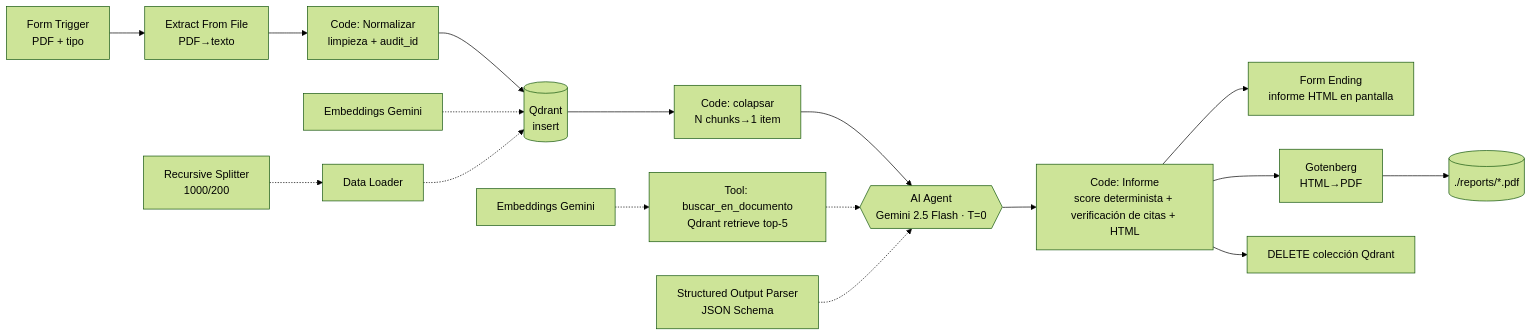
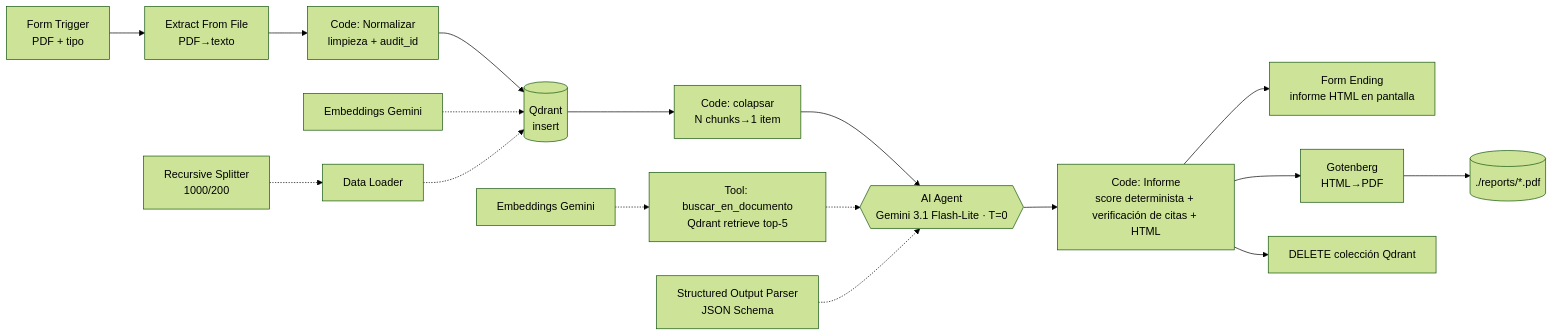
The diagram in README.md (AlejandroNvarrete/ai-compliance-auditor), drawn with Mermaid (forest theme) before and after one commit. The commit also changed other lines of this file, not shown here.

First line of the commit message:
Update README with Gemini 3.1 and test results

````diff
--- a/README.md
+++ b/README.md
@@ -11,18 +20,18 @@
 ```mermaid
 flowchart LR
   A[Form Trigger<br/>PDF + tipo] --> B[Extract From File<br/>PDF→texto]
   B --> C[Code: Normalizar<br/>limpieza + audit_id]
   C --> D[(Qdrant<br/>insert)]
   E1[Embeddings Gemini] -.-> D
   L[Data Loader] -.-> D
   S[Recursive Splitter<br/>1000/200] -.-> L
   D --> P[Code: colapsar<br/>N chunks→1 item]
-  P --> G{{AI Agent<br/>Gemini 2.5 Flash · T=0}}
+  P --> G{{AI Agent<br/>Gemini 3.1 Flash-Lite · T=0}}
   T[Tool: buscar_en_documento<br/>Qdrant retrieve top-5] -.-> G
   E2[Embeddings Gemini] -.-> T
   O[Structured Output Parser<br/>JSON Schema] -.-> G
   G --> R[Code: Informe<br/>score determinista + verificación de citas + HTML]
   R --> F[Form Ending<br/>informe HTML en pantalla]
   R --> H[Gotenberg<br/>HTML→PDF] --> W[(./reports/*.pdf)]
   R --> X[DELETE colección Qdrant]
 ```
````
